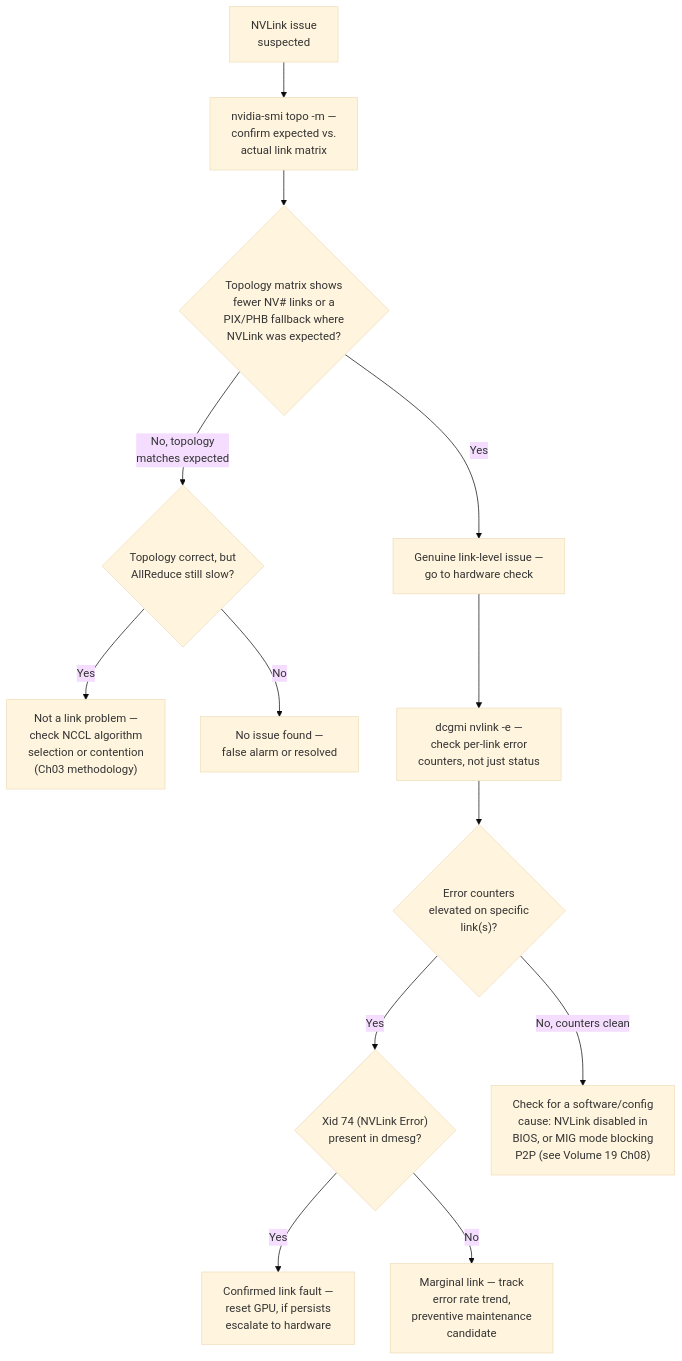
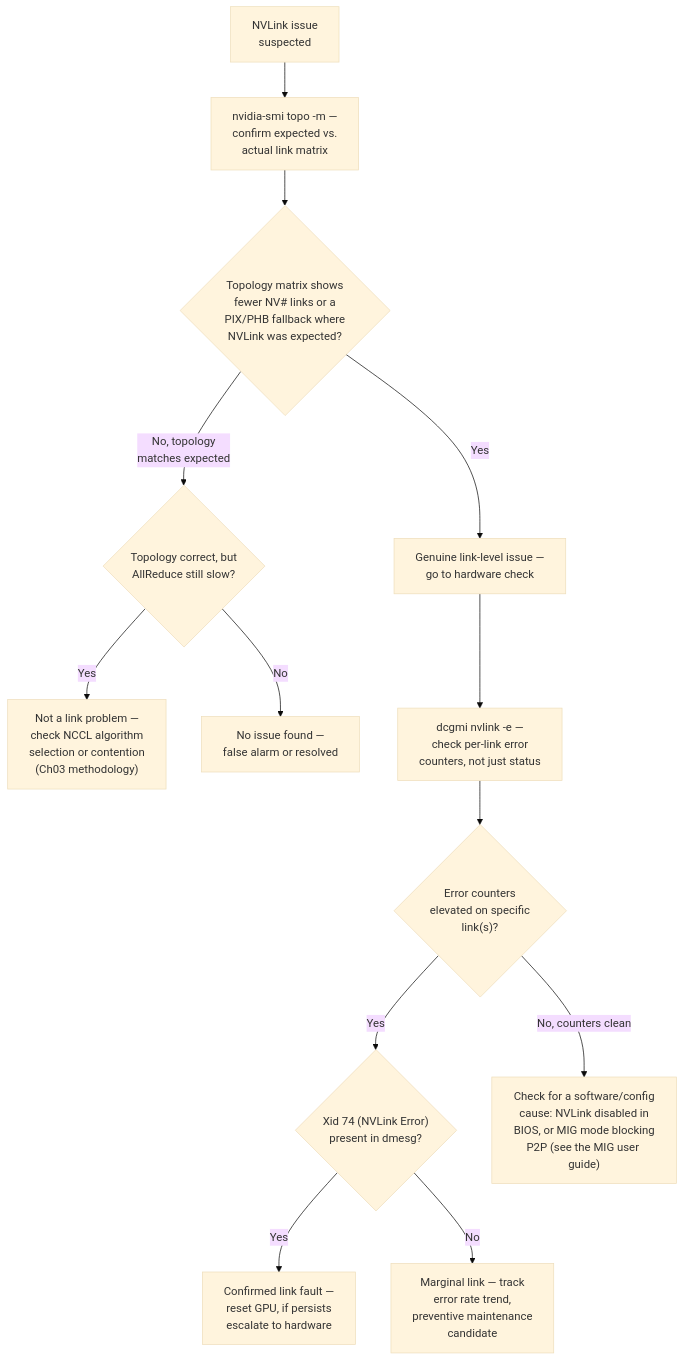
Before and after one commit to jithinpnjm/nvidia-devops: the first of 2 diagrams in docs/nvidia-zero-to-hero/volume-20/chapter-04-nvlink-errors-and-topology-issues.md, drawn with Mermaid (base theme). The commit also changed other lines of this file and 289 other files, not shown here.

````diff
--- a/docs/nvidia-zero-to-hero/volume-20/chapter-04-nvlink-errors-and-topology-issues.md
+++ b/docs/nvidia-zero-to-hero/volume-20/chapter-04-nvlink-errors-and-topology-issues.md
@@ -45,15 +47,15 @@
 ```mermaid
 flowchart TD
     A["NVLink issue<br/>suspected"] --> B["nvidia-smi topo -m —<br/>confirm expected vs.<br/>actual link matrix"]
     B --> C{"Topology matrix shows<br/>fewer NV# links or a<br/>PIX/PHB fallback where<br/>NVLink was expected?"}
     C -->|Yes| D["Genuine link-level issue —<br/>go to hardware check"]
     C -->|No, topology<br/>matches expected| E{"Topology correct, but<br/>AllReduce still slow?"}
     E -->|Yes| F["Not a link problem —<br/>check NCCL algorithm<br/>selection or contention<br/>(Ch03 methodology)"]
     E -->|No| G["No issue found —<br/>false alarm or resolved"]
     D --> H["dcgmi nvlink -e —<br/>check per-link error<br/>counters, not just status"]
     H --> I{"Error counters<br/>elevated on specific<br/>link(s)?"}
     I -->|Yes| J{"Xid 74 (NVLink Error)<br/>present in dmesg?"}
     J -->|Yes| K["Confirmed link fault —<br/>reset GPU, if persists<br/>escalate to hardware"]
     J -->|No| L["Marginal link — track<br/>error rate trend,<br/>preventive maintenance<br/>candidate"]
-    I -->|No, counters clean| M["Check for a software/config<br/>cause: NVLink disabled in<br/>BIOS, or MIG mode blocking<br/>P2P (see Volume 19 Ch08)"]
+    I -->|No, counters clean| M["Check for a software/config<br/>cause: NVLink disabled in<br/>BIOS, or MIG mode blocking<br/>P2P (see the MIG user guide)"]
 ```
````
